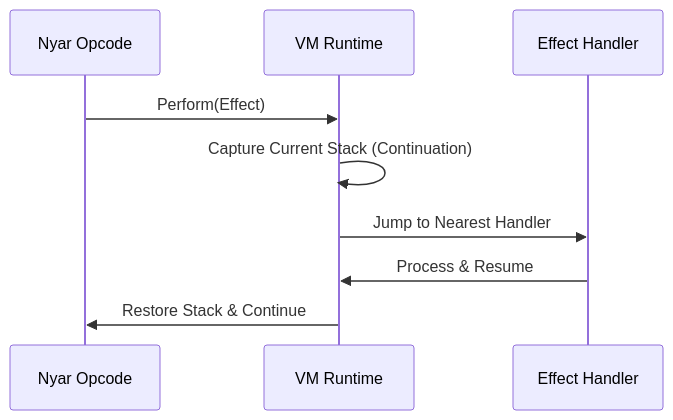
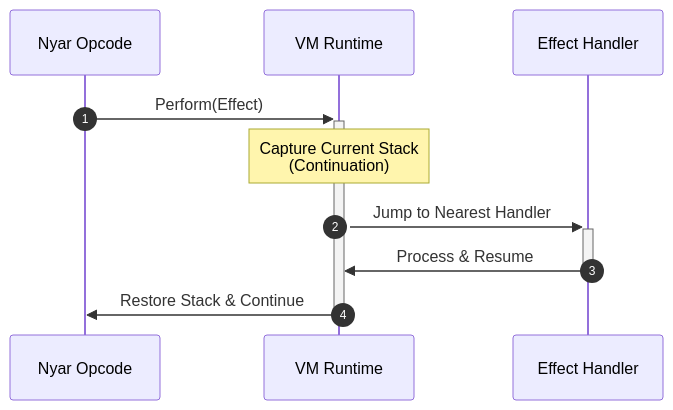
Before and after one commit to nyar-vm/nyar-vm: the fifth of 6 diagrams in readme.md, drawn with Mermaid. The commit also changed other lines of this file and 2 other files, not shown here.

````diff
--- a/readme.md
+++ b/readme.md
@@ -97,12 +111,13 @@
 ```mermaid
 sequenceDiagram
+    autonumber
     participant Op as Nyar Opcode
     participant VM as VM Runtime
     participant Handler as Effect Handler
     
-    Op->>VM: Perform(Effect)
-    VM->>VM: Capture Current Stack (Continuation)
-    VM->>Handler: Jump to Nearest Handler
-    Handler->>VM: Process & Resume
-    VM->>Op: Restore Stack & Continue
+    Op->>+VM: Perform(Effect)
+    Note over VM: Capture Current Stack<br/>(Continuation)
+    VM->>+Handler: Jump to Nearest Handler
+    Handler->>-VM: Process & Resume
+    VM->>-Op: Restore Stack & Continue
 ```
````
